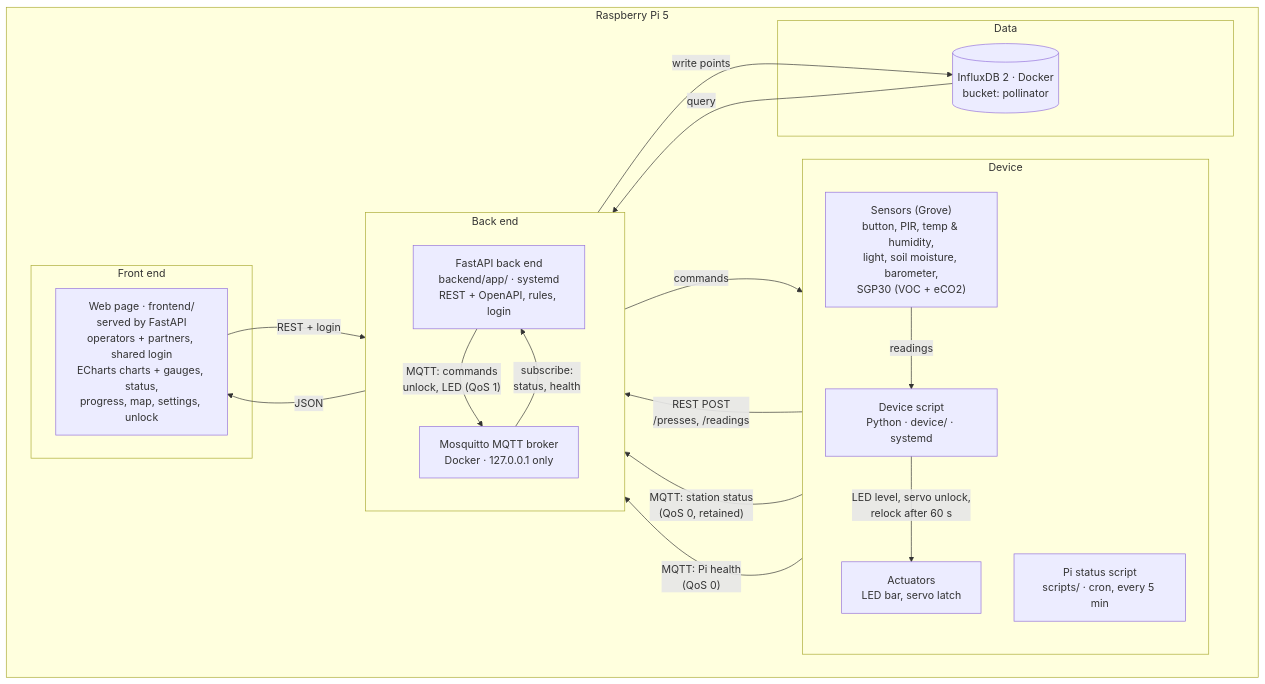
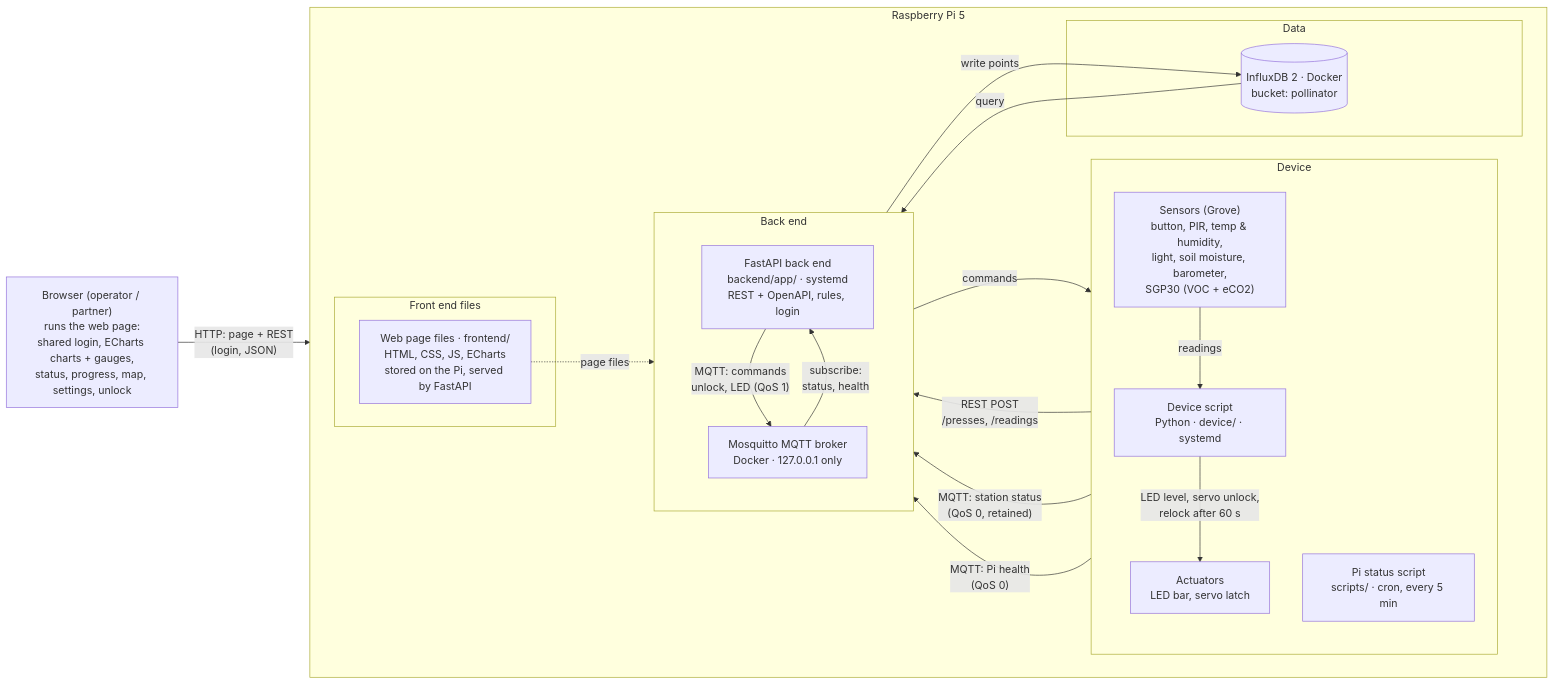
The diagram in docs/architecture.md (marieashtonkoehl/IoT_final_project_2026), drawn with Mermaid before and after one commit. The commit also changed other lines of this file and 1 other file, not shown here.

Commit message:
docs: review follow-up (browser box, restart, latch, null, daily reset)

````diff
--- a/docs/architecture.md
+++ b/docs/architecture.md
@@ -9,41 +9,43 @@
 ```mermaid
 flowchart LR
   subgraph PI["Raspberry Pi 5"]
     direction LR
 
     subgraph DEV["Device"]
       direction TB
       SENS["Sensors (Grove)<br/>button, PIR, temp & humidity,<br/>light, soil moisture, barometer,<br/>SGP30 (VOC + eCO2)"]
       ACT["Actuators<br/>LED bar, servo latch"]
       DS["Device script<br/>Python · device/ · systemd"]
       PS["Pi status script<br/>scripts/ · cron, every 5 min"]
     end
 
     subgraph BE["Back end"]
       direction TB
       API["FastAPI back end<br/>backend/app/ · systemd<br/>REST + OpenAPI, rules, login"]
       MQ["Mosquitto MQTT broker<br/>Docker · 127.0.0.1 only"]
     end
 
     subgraph DATA["Data"]
       DB[("InfluxDB 2 · Docker<br/>bucket: pollinator")]
     end
 
-    subgraph FE["Front end"]
-      WEB["Web page · frontend/<br/>served by FastAPI<br/>operators + partners, shared login<br/>ECharts charts + gauges, status,<br/>progress, map, settings, unlock"]
+    subgraph FE["Front end files"]
+      WEB["Web page files · frontend/<br/>HTML, CSS, JS, ECharts<br/>stored on the Pi, served by FastAPI"]
     end
   end
+
+  BR["Browser (operator / partner)<br/>runs the web page:<br/>shared login, ECharts charts + gauges,<br/>status, progress, map, settings, unlock"]
 
   SENS -- "readings" --> DS
   DS -- "REST POST<br/>/presses, /readings" --> API
   DS -- "MQTT: station status<br/>(QoS 0, retained)" --> MQ
   PS -- "MQTT: Pi health<br/>(QoS 0)" --> MQ
   MQ -- "subscribe:<br/>status, health" --> API
   API -- "MQTT: commands<br/>unlock, LED (QoS 1)" --> MQ
   MQ -- "commands" --> DS
   DS -- "LED level, servo unlock,<br/>relock after 60 s" --> ACT
   API -- "write points" --> DB
   DB -- "query" --> API
-  WEB -- "REST + login" --> API
-  API -- "JSON" --> WEB
+  WEB -. "page files" .-> API
+  BR -- "HTTP: page + REST<br/>(login, JSON)" --> API
 ```
````
